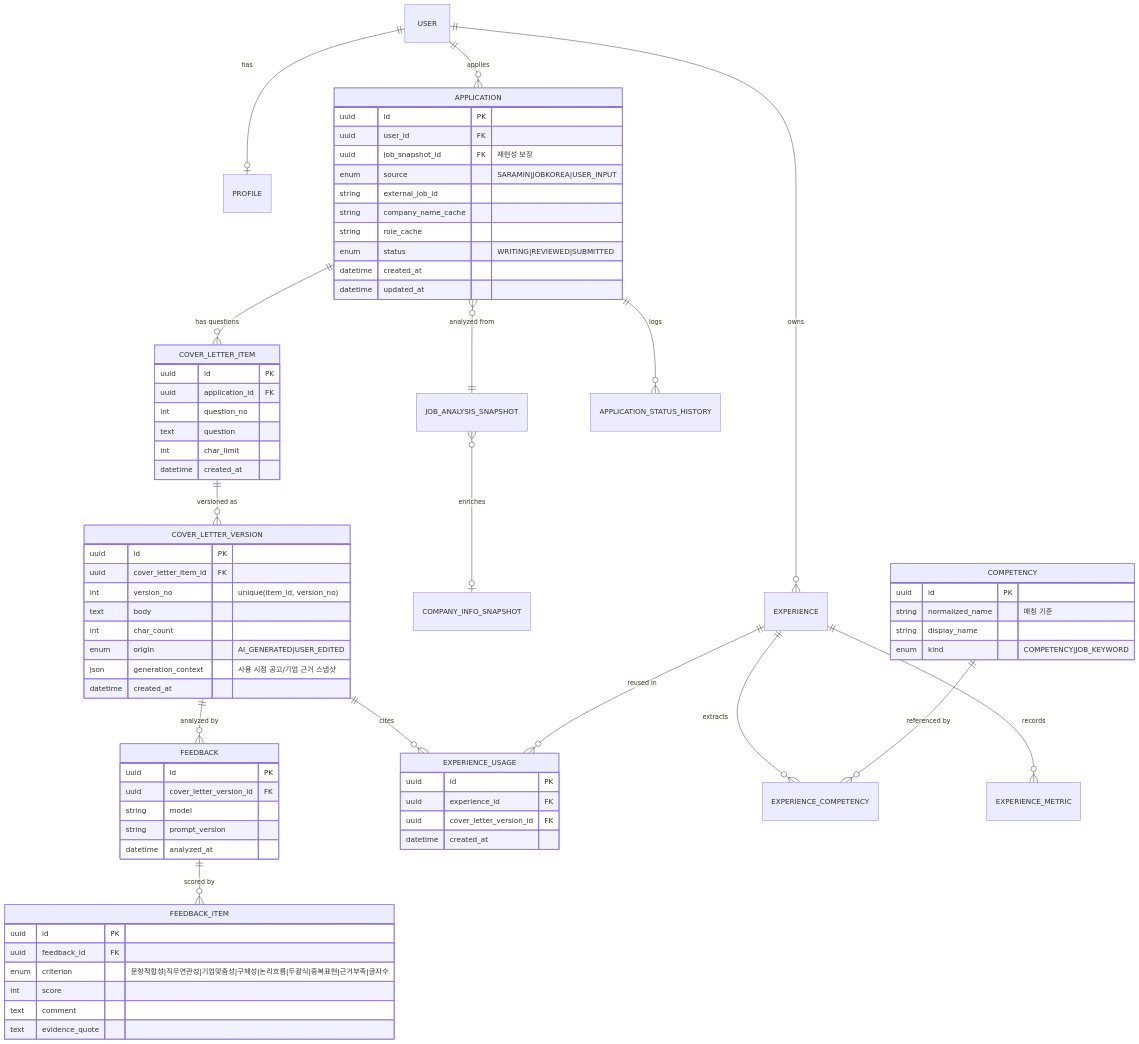
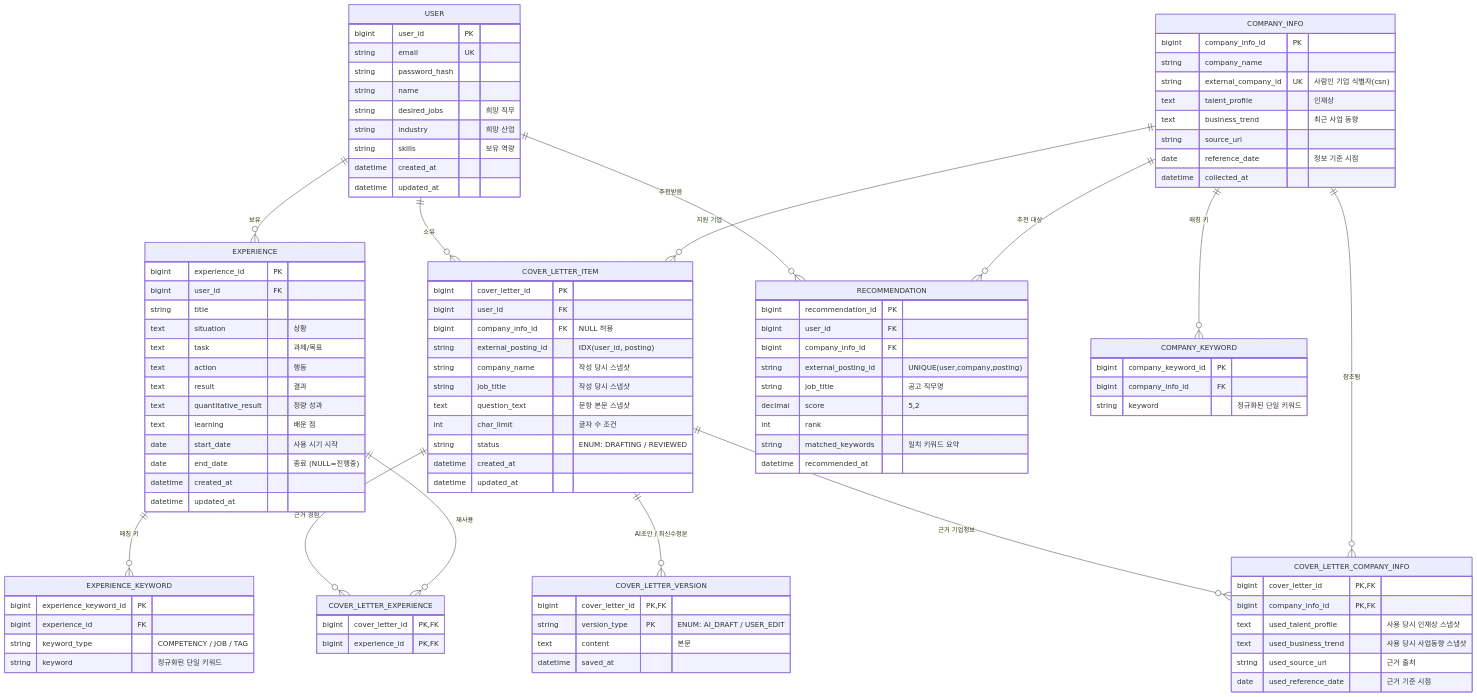
The diagram in docs/db/README.md (skala-gj-6/resume-recommendation), drawn with Mermaid before and after one commit.

Commit message:
docs: 서비스 통합 ERD(경험, 지원서, AI 피드백) 작성 - Final-2 (#11)

````diff
--- a/docs/db/README.md
+++ b/docs/db/README.md
@@ -9,79 +9,114 @@
 ```mermaid
 erDiagram
-    USER ||--o| PROFILE : has
-    USER ||--o{ EXPERIENCE : owns
-    USER ||--o{ APPLICATION : applies
+    USER ||--o{ EXPERIENCE : "보유"
+    USER ||--o{ COVER_LETTER_ITEM : "소유"
+    USER ||--o{ RECOMMENDATION : "추천받음"
+    COMPANY_INFO ||--o{ COVER_LETTER_ITEM : "지원 기업"
+    COMPANY_INFO ||--o{ RECOMMENDATION : "추천 대상"
+    EXPERIENCE ||--o{ EXPERIENCE_KEYWORD : "매칭 키"
+    COMPANY_INFO ||--o{ COMPANY_KEYWORD : "매칭 키"
+    COVER_LETTER_ITEM ||--o{ COVER_LETTER_VERSION : "AI초안 / 최신수정본"
+    COVER_LETTER_ITEM ||--o{ COVER_LETTER_EXPERIENCE : "근거 경험"
+    EXPERIENCE ||--o{ COVER_LETTER_EXPERIENCE : "재사용"
+    COVER_LETTER_ITEM ||--o{ COVER_LETTER_COMPANY_INFO : "근거 기업정보"
+    COMPANY_INFO ||--o{ COVER_LETTER_COMPANY_INFO : "참조됨"
 
-    APPLICATION ||--o{ COVER_LETTER_ITEM : "has questions"
-    APPLICATION }o--|| JOB_ANALYSIS_SNAPSHOT : "analyzed from"
-    APPLICATION ||--o{ APPLICATION_STATUS_HISTORY : logs
-    JOB_ANALYSIS_SNAPSHOT }o--o| COMPANY_INFO_SNAPSHOT : enriches
-
-    COVER_LETTER_ITEM ||--o{ COVER_LETTER_VERSION : "versioned as"
-    COVER_LETTER_VERSION ||--o{ FEEDBACK : "analyzed by"
-    COVER_LETTER_VERSION ||--o{ EXPERIENCE_USAGE : cites
-    EXPERIENCE ||--o{ EXPERIENCE_USAGE : "reused in"
-    FEEDBACK ||--o{ FEEDBACK_ITEM : "scored by"
-
-    EXPERIENCE ||--o{ EXPERIENCE_COMPETENCY : extracts
-    COMPETENCY ||--o{ EXPERIENCE_COMPETENCY : "referenced by"
-    EXPERIENCE ||--o{ EXPERIENCE_METRIC : records
-
-    APPLICATION {
-        uuid id PK
-        uuid user_id FK
-        uuid job_snapshot_id FK "재현성 보장"
-        enum source "SARAMIN|JOBKOREA|USER_INPUT"
-        string external_job_id
-        string company_name_cache
-        string role_cache
-        enum status "WRITING|REVIEWED|SUBMITTED"
+    USER {
+        bigint user_id PK
+        string email UK
+        string password_hash
+        string name
+        string desired_jobs "희망 직무"
+        string industry "희망 산업"
+        string skills "보유 역량"
         datetime created_at
         datetime updated_at
     }
+
+    EXPERIENCE {
+        bigint experience_id PK
+        bigint user_id FK
+        string title
+        text situation "상황"
+        text task "과제/목표"
+        text action "행동"
+        text result "결과"
+        text quantitative_result "정량 성과"
+        text learning "배운 점"
+        date start_date "사용 시기 시작"
+        date end_date "종료 (NULL=진행중)"
+        datetime created_at
+        datetime updated_at
+    }
+
+    EXPERIENCE_KEYWORD {
+        bigint experience_keyword_id PK
+        bigint experience_id FK
+        string keyword_type "COMPETENCY / JOB / TAG"
+        string keyword "정규화된 단일 키워드"
+    }
+
+    COMPANY_INFO {
+        bigint company_info_id PK
+        string company_name
+        string external_company_id UK "사람인 기업 식별자(csn)"
+        text talent_profile "인재상"
+        text business_trend "최근 사업 동향"
+        string source_url
+        date reference_date "정보 기준 시점"
+        datetime collected_at
+    }
+
+    COMPANY_KEYWORD {
+        bigint company_keyword_id PK
+        bigint company_info_id FK
+        string keyword "정규화된 단일 키워드"
+    }
+
+    RECOMMENDATION {
+        bigint recommendation_id PK
+        bigint user_id FK
+        bigint company_info_id FK
+        string external_posting_id "UNIQUE(user,company,posting)"
+        string job_title "공고 직무명"
+        decimal score "5,2"
+        int rank
+        string matched_keywords "일치 키워드 요약"
+        datetime recommended_at
+    }
+
     COVER_LETTER_ITEM {
-        uuid id PK
-        uuid application_id FK
-        int question_no
-        text question
-        int char_limit
+        bigint cover_letter_id PK
+        bigint user_id FK
+        bigint company_info_id FK "NULL 허용"
+        string external_posting_id "IDX(user_id, posting)"
+        string company_name "작성 당시 스냅샷"
+        string job_title "작성 당시 스냅샷"
+        text question_text "문항 본문 스냅샷"
+        int char_limit "글자 수 조건"
+        string status "ENUM: DRAFTING / REVIEWED"
         datetime created_at
+        datetime updated_at
     }
+
     COVER_LETTER_VERSION {
-        uuid id PK
-        uuid cover_letter_item_id FK
-        int version_no "unique(item_id, version_no)"
-        text body
-        int char_count
-        enum origin "AI_GENERATED|USER_EDITED"
-        json generation_context "사용 시점 공고/기업 근거 스냅샷"
-        datetime created_at
+        bigint cover_letter_id PK,FK
+        string version_type PK "ENUM: AI_DRAFT / USER_EDIT"
+        text content "본문"
+        datetime saved_at
     }
-    FEEDBACK {
-        uuid id PK
-        uuid cover_letter_version_id FK
-        string model
-        string prompt_version
-        datetime analyzed_at
+
+    COVER_LETTER_EXPERIENCE {
+        bigint cover_letter_id PK,FK
+        bigint experience_id PK,FK
     }
-    FEEDBACK_ITEM {
-        uuid id PK
-        uuid feedback_id FK
-        enum criterion "문항적합성|직무연관성|기업맞춤성|구체성|논리흐름|두괄식|중복표현|근거부족|글자수"
-        int score
-        text comment
-        text evidence_quote
-    }
-    COMPETENCY {
-        uuid id PK
-        string normalized_name "매칭 기준"
-        string display_name
-        enum kind "COMPETENCY|JOB_KEYWORD"
-    }
-    EXPERIENCE_USAGE {
-        uuid id PK
-        uuid experience_id FK
-        uuid cover_letter_version_id FK
-        datetime created_at
+
+    COVER_LETTER_COMPANY_INFO {
+        bigint cover_letter_id PK,FK
+        bigint company_info_id PK,FK
+        text used_talent_profile "사용 당시 인재상 스냅샷"
+        text used_business_trend "사용 당시 사업동향 스냅샷"
+        string used_source_url "근거 출처"
+        date used_reference_date "근거 기준 시점"
     }
 ```
````
